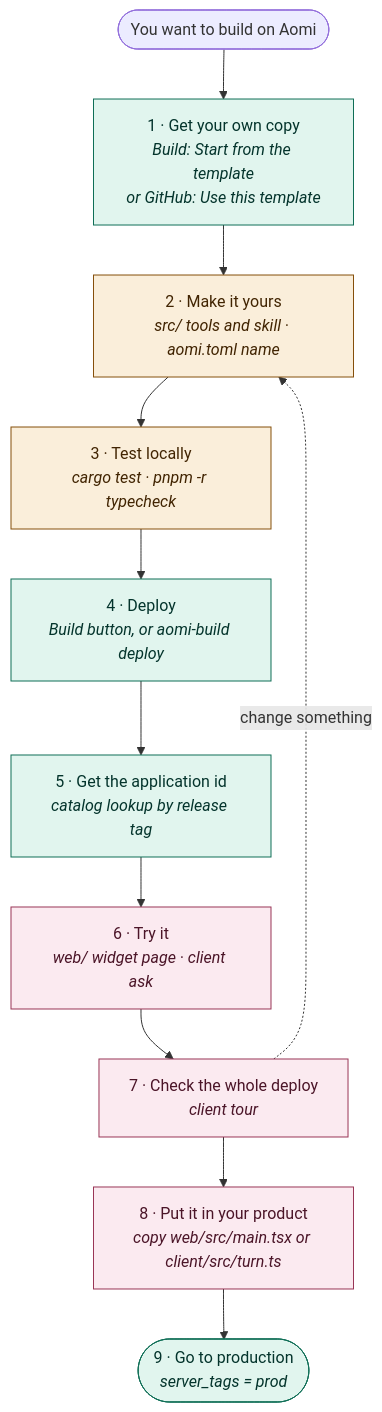
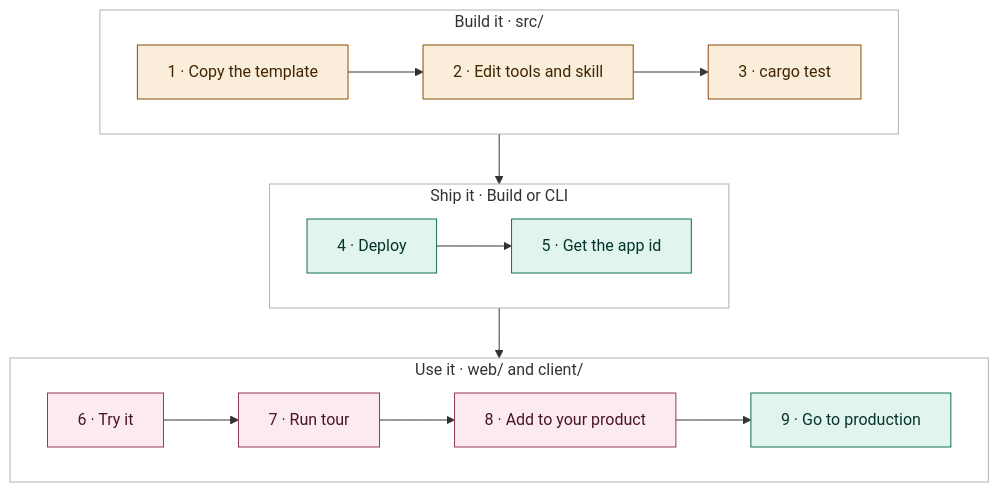
The first of 2 diagrams in README.md (aomi-labs/playground-example), drawn with Mermaid before and after one commit. The commit also changed other lines of this file, not shown here.

Commit message:
Fit the journey diagram on one screen
Three phase rows replace the nine-box column.

````diff
--- a/README.md
+++ b/README.md
@@ -9,21 +9,26 @@
 ```mermaid
-flowchart TD
-  start([You want to build on Aomi]) --> copy
-  copy["1 · Get your own copy<br/><i>Build: Start from the template<br/>or GitHub: Use this template</i>"] --> edit
-  edit["2 · Make it yours<br/><i>src/ tools and skill · aomi.toml name</i>"] --> test
-  test["3 · Test locally<br/><i>cargo test · pnpm -r typecheck</i>"] --> deploy
-  deploy["4 · Deploy<br/><i>Build button, or aomi-build deploy</i>"] --> appid
-  appid["5 · Get the application id<br/><i>catalog lookup by release tag</i>"] --> try
-  try["6 · Try it<br/><i>web/ widget page · client ask</i>"] --> check
-  check["7 · Check the whole deploy<br/><i>client tour</i>"] --> ship
-  ship["8 · Put it in your product<br/><i>copy web/src/main.tsx or client/src/turn.ts</i>"] --> prod
-  prod(["9 · Go to production<br/><i>server_tags = prod</i>"])
-  check -. change something .-> edit
+flowchart TB
+  subgraph build["Build it · src/"]
+    direction LR
+    copy["1 · Copy the template"] --> edit["2 · Edit tools and skill"] --> test["3 · cargo test"]
+  end
+  subgraph ship["Ship it · Build or CLI"]
+    direction LR
+    deploy["4 · Deploy"] --> appid["5 · Get the app id"]
+  end
+  subgraph use["Use it · web/ and client/"]
+    direction LR
+    try["6 · Try it"] --> tour["7 · Run tour"] --> product["8 · Add to your product"] --> prod["9 · Go to production"]
+  end
+  build --> ship --> use
 
   classDef app fill:#FAEEDA,stroke:#854F0B,color:#412402
   classDef callers fill:#FBEAF0,stroke:#993556,color:#4B1528
   classDef aomi fill:#E1F5EE,stroke:#0F6E56,color:#04342C
-  class edit,test app
-  class try,check,ship callers
-  class copy,deploy,appid,prod aomi
+  class copy,edit,test app
+  class try,tour,product callers
+  class deploy,appid,prod aomi
+  style build fill:#ffffff,stroke:#B4B2A9
+  style ship fill:#ffffff,stroke:#B4B2A9
+  style use fill:#ffffff,stroke:#B4B2A9
 ```
````
